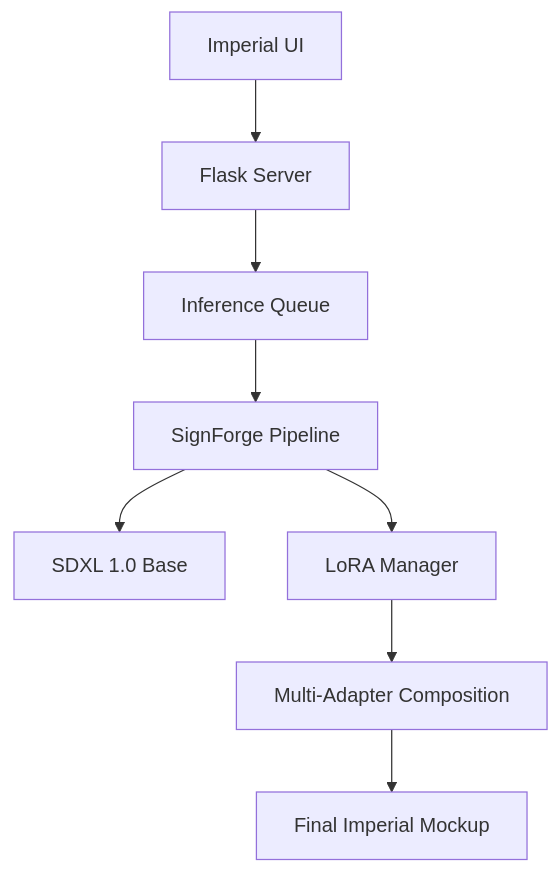
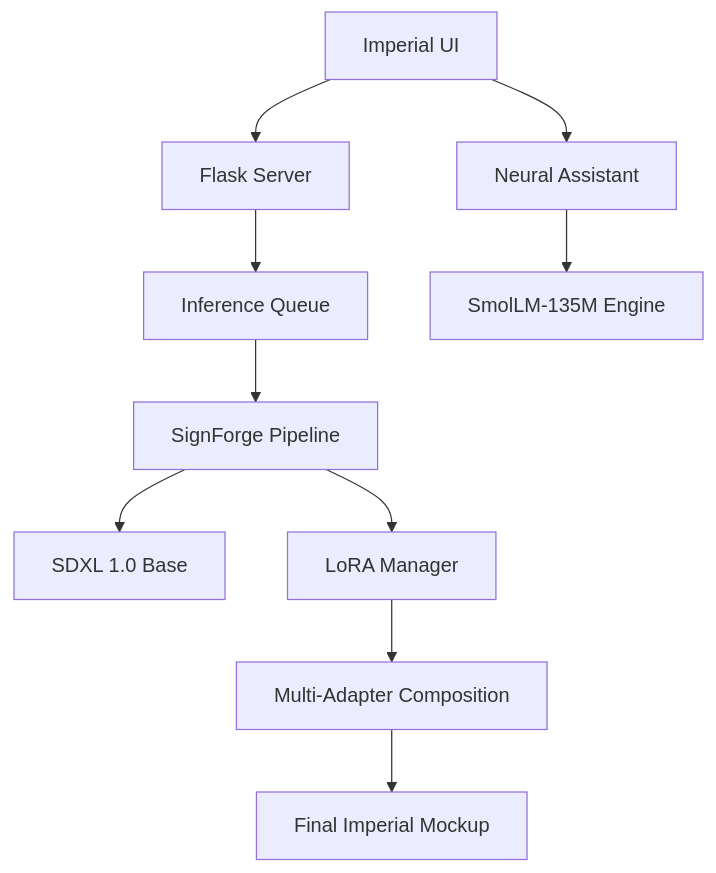
Before and after one commit to Samiullah-ai-01/qwen_lora_image_editing_project: the diagram in signforge-local/README.md, drawn with Mermaid. The commit also changed other lines of this file and 3 other files, not shown here.

````diff
--- a/signforge-local/README.md
+++ b/signforge-local/README.md
@@ -49,10 +50,12 @@
 ```mermaid
 graph TD
     A[Imperial UI] --> B[Flask Server]
     B --> C[Inference Queue]
     C --> D[SignForge Pipeline]
     D --> E[SDXL 1.0 Base]
     D --> F[LoRA Manager]
     F --> G[Multi-Adapter Composition]
     G --> H[Final Imperial Mockup]
+    A --> I[Neural Assistant]
+    I --> J[SmolLM-135M Engine]
 ```
````
